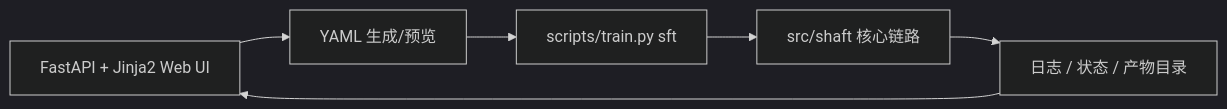
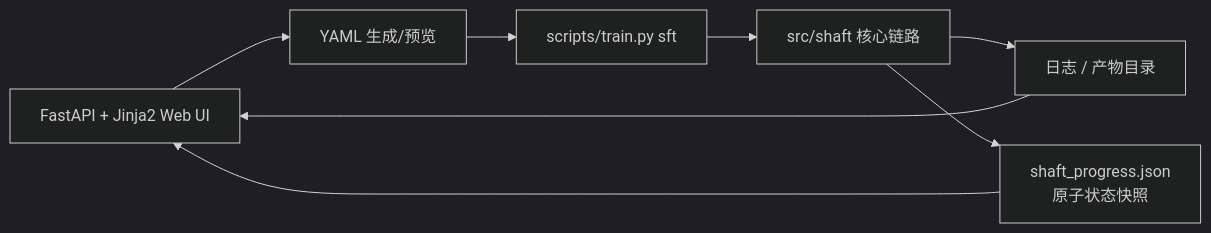
The fourth of 4 diagrams in docs/architecture.md (BITnene465/shaft), drawn with Mermaid (dark theme) before and after one commit. The commit also changed other lines of this file and 79 other files, not shown here.

````diff
--- a/docs/architecture.md
+++ b/docs/architecture.md
@@ -421,8 +452,10 @@
 ```mermaid
 flowchart LR
     WebUI["FastAPI + Jinja2 Web UI"] --> YAML["YAML 生成/预览"]
     YAML --> CLI["scripts/train.py sft"]
     CLI --> Core["src/shaft 核心链路"]
-    Core --> Logs["日志 / 状态 / 产物目录"]
+    Core --> Logs["日志 / 产物目录"]
+    Core --> Snapshot["shaft_progress.json<br/>原子状态快照"]
     Logs --> WebUI
+    Snapshot --> WebUI
 ```
````
